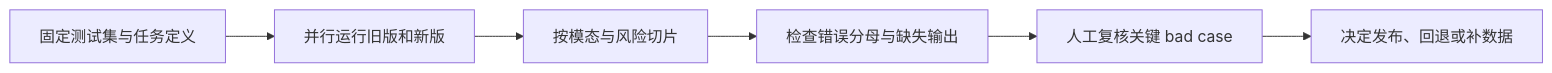
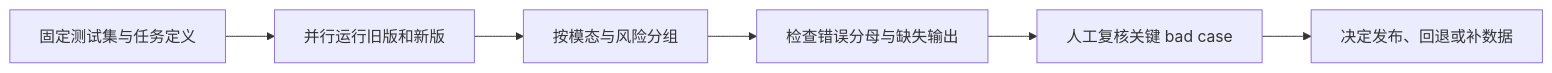
The first of 2 diagrams in book-03-practical-handbook/chapters/14-多模态评估与交付.md (ChanChiChoi/llm-from-zero-to-interview), drawn with Mermaid before and after one commit. The commit also changed other lines of this file and 78 other files, not shown here.

````diff
--- a/book-03-practical-handbook/chapters/14-多模态评估与交付.md
+++ b/book-03-practical-handbook/chapters/14-多模态评估与交付.md
@@ -296,8 +296,8 @@
 ```mermaid
 flowchart LR
     A["固定测试集与任务定义"] --> B["并行运行旧版和新版"]
-    B --> C["按模态与风险切片"]
+    B --> C["按模态与风险分组"]
     C --> D["检查错误分母与缺失输出"]
     D --> E["人工复核关键 bad case"]
     E --> F["决定发布、回退或补数据"]
 ```
````
